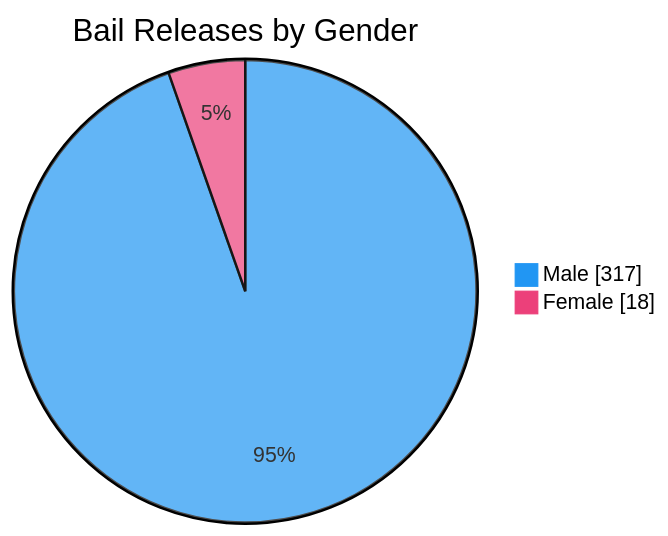
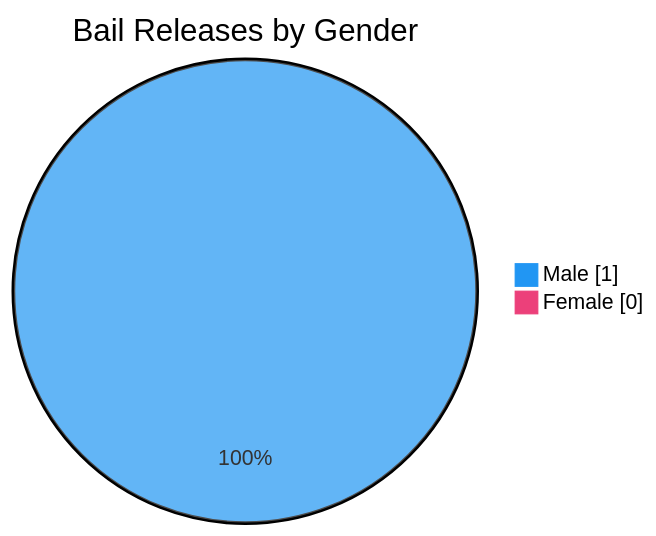
The seventh of 7 diagrams in README.md (nuuuwan/lk_prisons), drawn with Mermaid before and after one commit. The commit also changed other lines of this file and 1 other file, not shown here.

````diff
--- a/README.md
+++ b/README.md
@@ -109,6 +109,6 @@
 ```mermaid
 %%{init: {'themeVariables': {'pie1': '#2196F3', 'pie2': '#EC407A'}}}%%
 pie showData title Bail Releases by Gender
-    "Male" : 317
-    "Female" : 18
+    "Male" : 1
+    "Female" : 0
 ```
````
